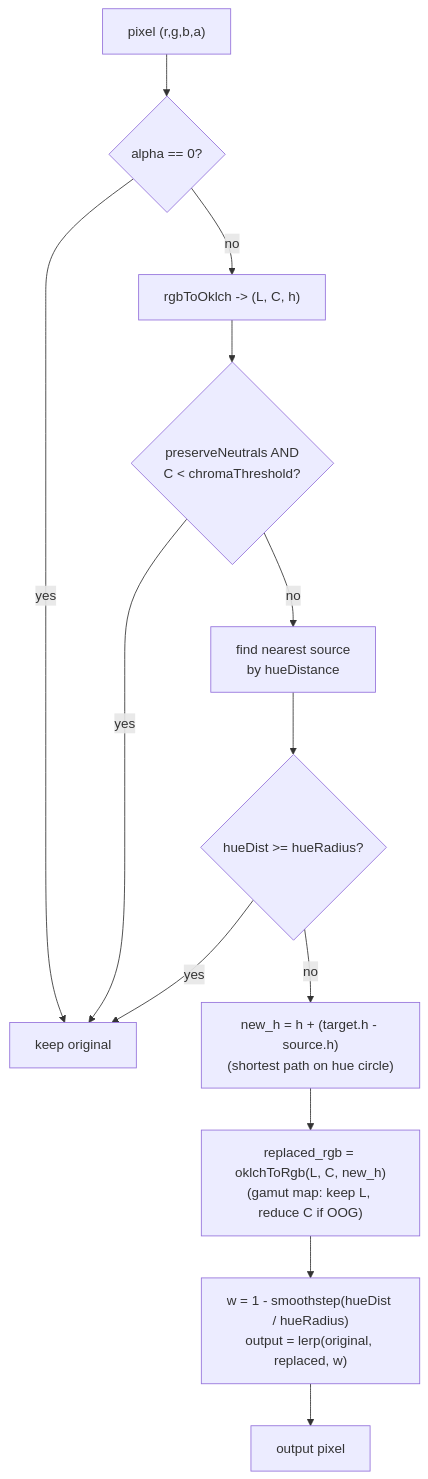
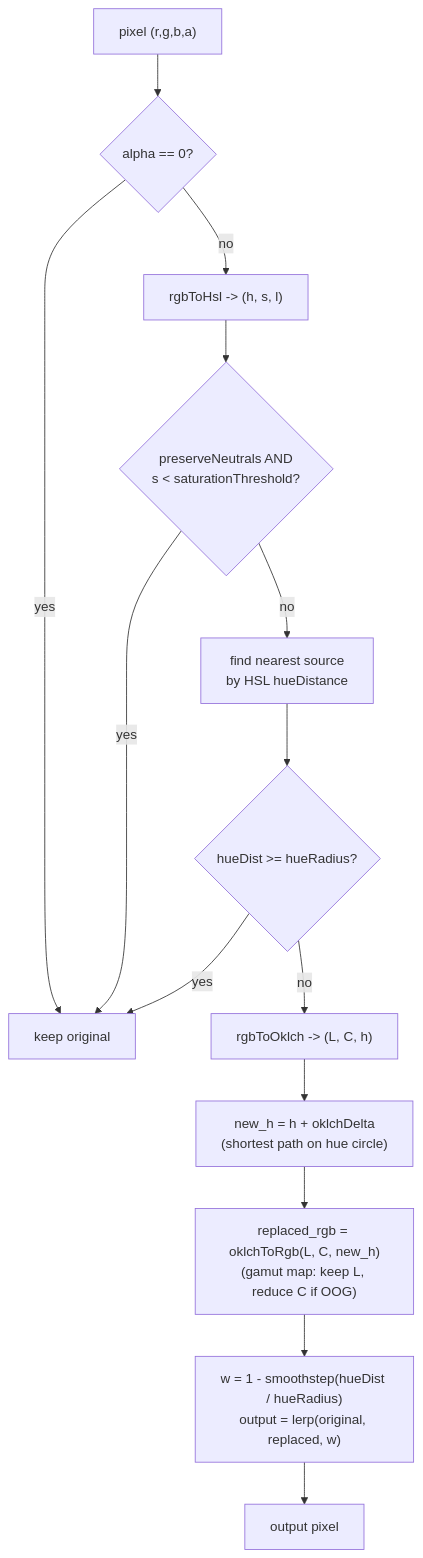
The diagram in README.md (cp3hnu/change-images-theme), drawn with Mermaid before and after one commit. The commit also changed other lines of this file and 5 other files, not shown here.

Commit message:
feat: hsl + oklch

````diff
--- a/README.md
+++ b/README.md
@@ -127,15 +128,16 @@
 ```mermaid
 flowchart TD
   P["pixel (r,g,b,a)"] --> A{"alpha == 0?"}
   A -->|yes| Keep[keep original]
-  A -->|no| H["rgbToOklch -> (L, C, h)"]
-  H --> N{"preserveNeutrals AND<br/>C < chromaThreshold?"}
+  A -->|no| HSL["rgbToHsl -> (h, s, l)"]
+  HSL --> N{"preserveNeutrals AND<br/>s < saturationThreshold?"}
   N -->|yes| Keep
-  N -->|no| F["find nearest source<br/>by hueDistance"]
+  N -->|no| F["find nearest source<br/>by HSL hueDistance"]
   F --> R{"hueDist >= hueRadius?"}
   R -->|yes| Keep
-  R -->|no| Rot["new_h = h + (target.h - source.h)<br/>(shortest path on hue circle)"]
+  R -->|no| OK["rgbToOklch -> (L, C, h)"]
+  OK --> Rot["new_h = h + oklchDelta<br/>(shortest path on hue circle)"]
   Rot --> Back["replaced_rgb = oklchToRgb(L, C, new_h)<br/>(gamut map: keep L, reduce C if OOG)"]
   Back --> Blend["w = 1 - smoothstep(hueDist / hueRadius)<br/>output = lerp(original, replaced, w)"]
   Blend --> Out[output pixel]
 ```
````
